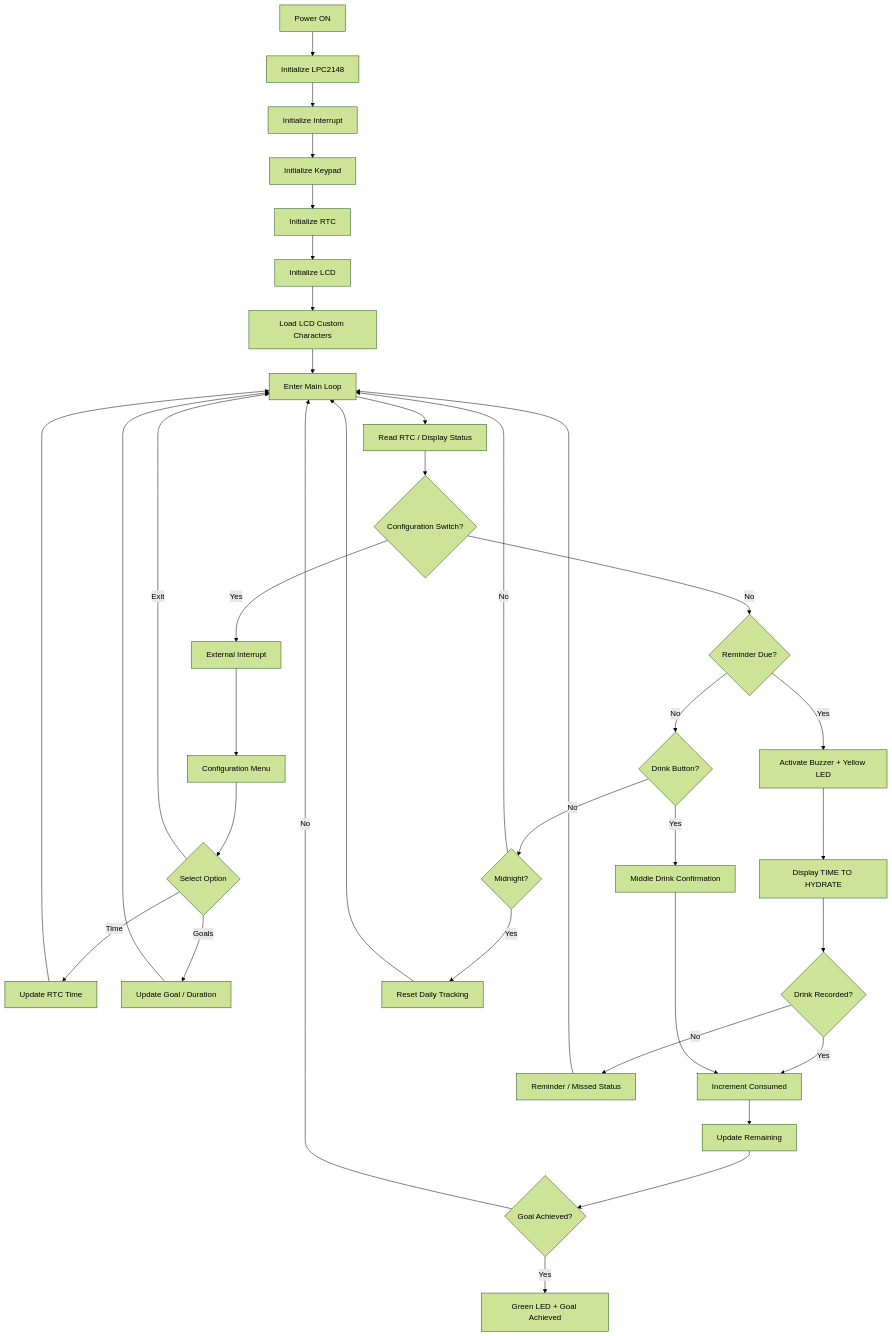
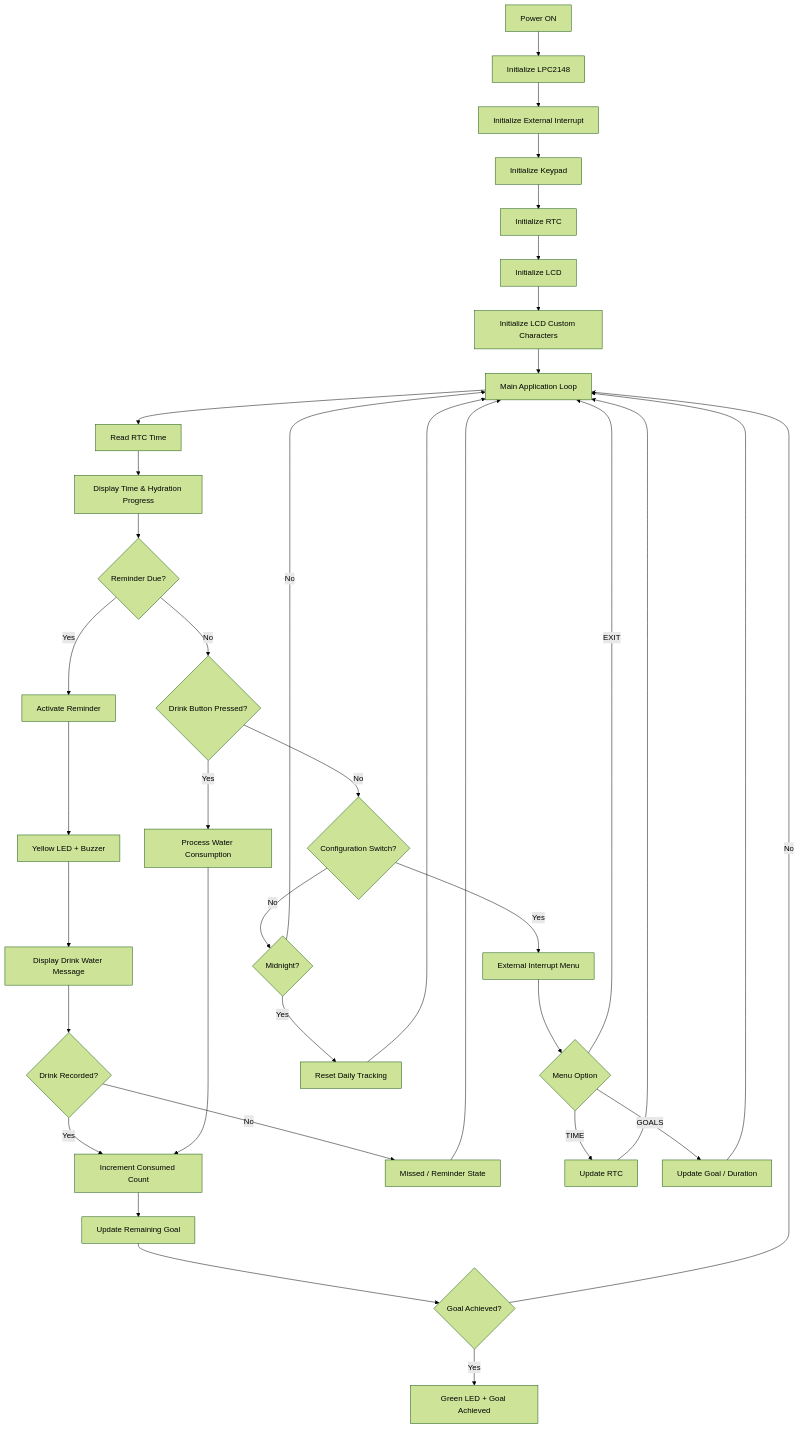
One commit to JoelUghade/AquaGuardian-Smart-Water-Drinking-Reminder-System- changed the second of 3 diagrams in README.md. Above: the diagram before and after it, drawn with Mermaid (forest theme). The commit also changed other lines of this file, not shown here.

````diff
--- a/README.md
+++ b/README.md
@@ -155,45 +125,47 @@
 ```mermaid
 flowchart TD
     A[Power ON] --> B[Initialize LPC2148]
-    B --> C[Initialize Interrupt]
+    B --> C[Initialize External Interrupt]
     C --> D[Initialize Keypad]
     D --> E[Initialize RTC]
     E --> F[Initialize LCD]
-    F --> G[Load LCD Custom Characters]
-    G --> H[Enter Main Loop]
+    F --> G[Initialize LCD Custom Characters]
+    G --> H[Main Application Loop]
 
-    H --> I[Read RTC / Display Status]
-    I --> J{Configuration Switch?}
+    H --> I[Read RTC Time]
+    I --> J[Display Time & Hydration Progress]
 
-    J -- Yes --> K[External Interrupt]
-    K --> L[Configuration Menu]
-    L --> M{Select Option}
-    M -->|Time| N[Update RTC Time]
-    M -->|Goals| O[Update Goal / Duration]
-    M -->|Exit| H
-    N --> H
-    O --> H
+    J --> K{Reminder Due?}
 
-    J -- No --> P{Reminder Due?}
-    P -- No --> Q{Drink Button?}
-    P -- Yes --> R[Activate Buzzer + Yellow LED]
-    R --> S[Display TIME TO HYDRATE]
-    S --> T{Drink Recorded?}
+    K -- No --> L{Drink Button Pressed?}
+    K -- Yes --> M[Activate Reminder]
+    M --> N[Yellow LED + Buzzer]
+    N --> O[Display Drink Water Message]
+    O --> P{Drink Recorded?}
 
-    T -- Yes --> U[Increment Consumed]
-    U --> V[Update Remaining]
-    V --> W{Goal Achieved?}
-    W -- Yes --> X[Green LED + Goal Achieved]
-    W -- No --> H
+    P -- Yes --> Q[Increment Consumed Count]
+    Q --> R[Update Remaining Goal]
+    R --> S{Goal Achieved?}
+    S -- Yes --> T[Green LED + Goal Achieved]
+    S -- No --> H
 
-    T -- No --> Y[Reminder / Missed Status]
-    Y --> H
+    P -- No --> U[Missed / Reminder State]
+    U --> H
 
-    Q -- Yes --> Z[Middle Drink Confirmation]
-    Z --> U
+    L -- Yes --> V[Process Water Consumption]
+    V --> Q
 
-    Q -- No --> AA{Midnight?}
-    AA -- Yes --> AB[Reset Daily Tracking]
-    AB --> H
-    AA -- No --> H
+    L -- No --> W{Configuration Switch?}
+    W -- Yes --> X[External Interrupt Menu]
+    X --> Y{Menu Option}
+    Y -->|TIME| Z[Update RTC]
+    Y -->|GOALS| AA[Update Goal / Duration]
+    Y -->|EXIT| H
+    Z --> H
+    AA --> H
+
+    W -- No --> AB{Midnight?}
+    AB -- Yes --> AC[Reset Daily Tracking]
+    AC --> H
+    AB -- No --> H
 ```
````
